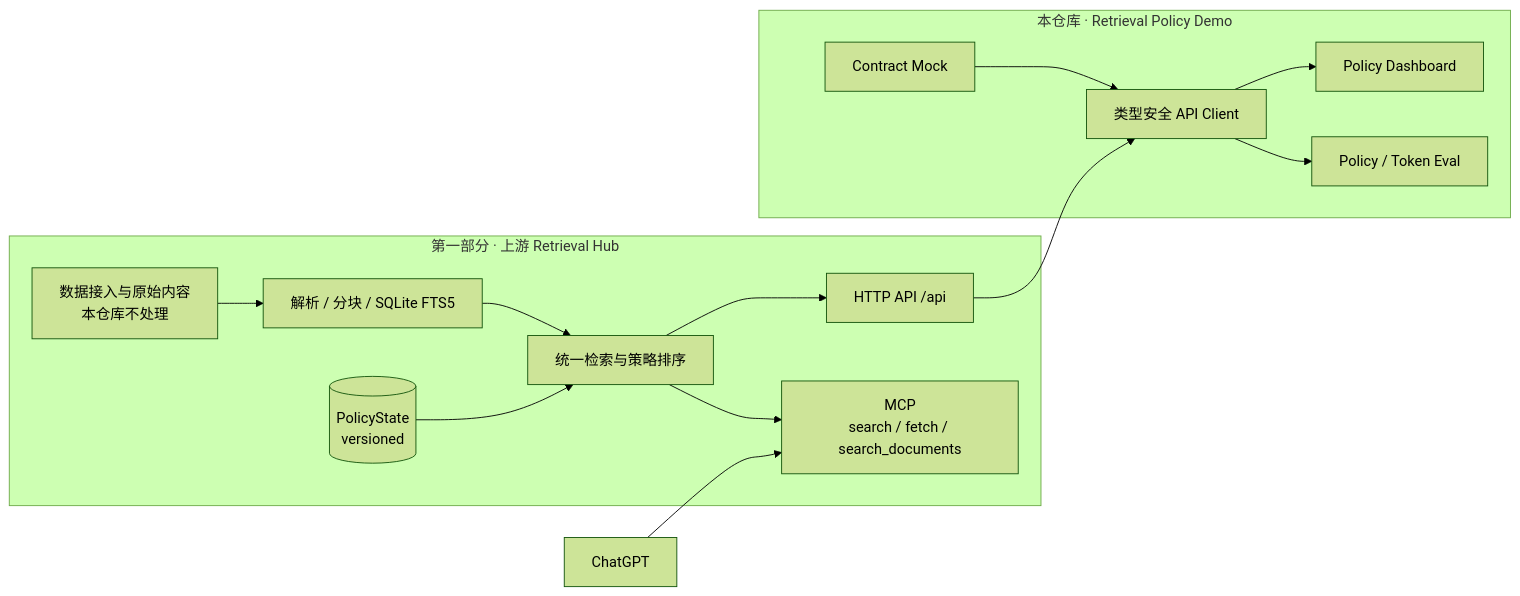
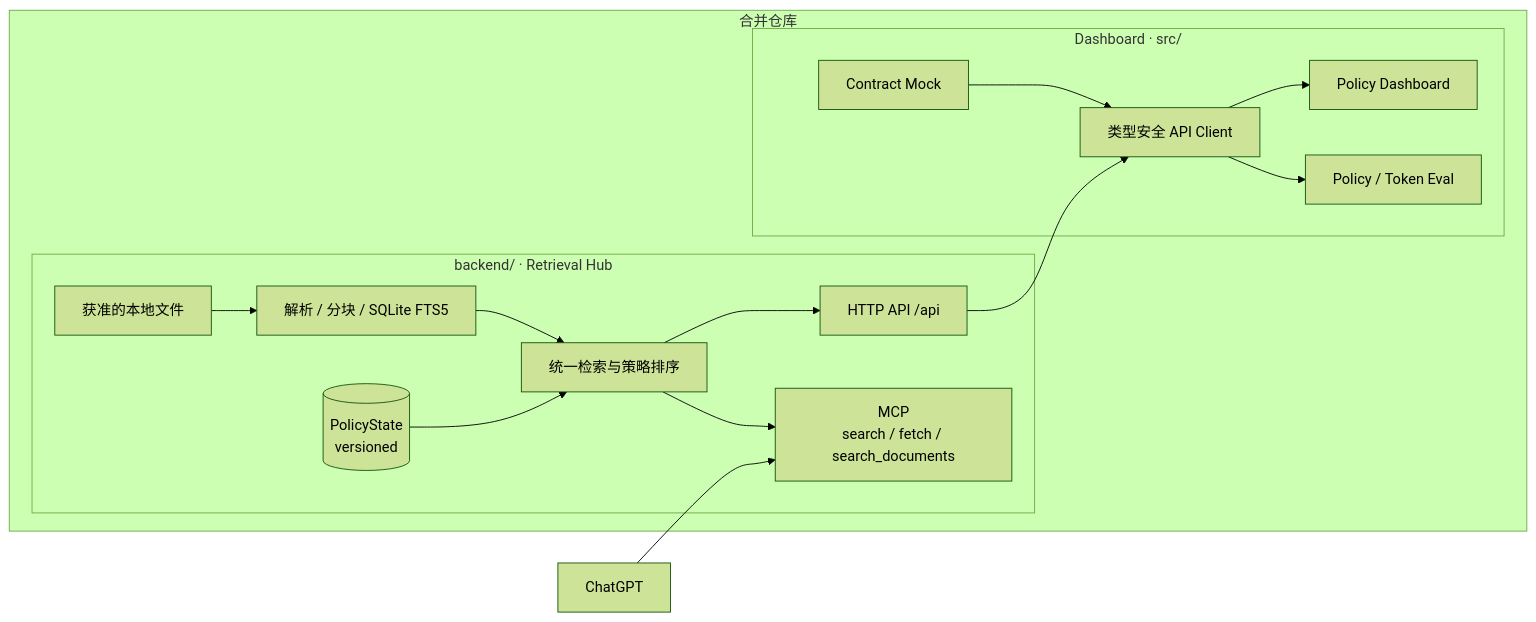
The first of 2 diagrams in docs/ARCHITECTURE.md (chendi-Shi/chenxi-internal-demo), drawn with Mermaid (forest theme) before and after one commit. The commit also changed other lines of this file and 63 other files, not shown here.

Commit message:
Integrate retrieval hub and dashboard

````diff
--- a/docs/ARCHITECTURE.md
+++ b/docs/ARCHITECTURE.md
@@ -7,28 +7,29 @@
 ```mermaid
 flowchart LR
-    subgraph UPSTREAM[第一部分 · 上游 Retrieval Hub]
-        DATA[数据接入与原始内容\n本仓库不处理]
+    subgraph REPO[合并仓库]
+      subgraph HUB[backend/ · Retrieval Hub]
+        DATA[获准的本地文件]
         INDEX[解析 / 分块 / SQLite FTS5]
         RANK[统一检索与策略排序]
         POLICY[(PolicyState\nversioned)]
         HTTP[HTTP API /api]
         MCP[MCP\nsearch / fetch / search_documents]
         DATA --> INDEX --> RANK
         POLICY --> RANK
         RANK --> HTTP
         RANK --> MCP
-    end
-
-    subgraph THIS_REPO[本仓库 · Retrieval Policy Demo]
+      end
+      subgraph UI[Dashboard · src/]
         CLIENT[类型安全 API Client]
         DASH[Policy Dashboard]
         EVAL[Policy / Token Eval]
         MOCK[Contract Mock]
         MOCK --> CLIENT
         CLIENT --> DASH
         CLIENT --> EVAL
+      end
     end
 
     HTTP --> CLIENT
     CHATGPT[ChatGPT] --> MCP
 ```
````
